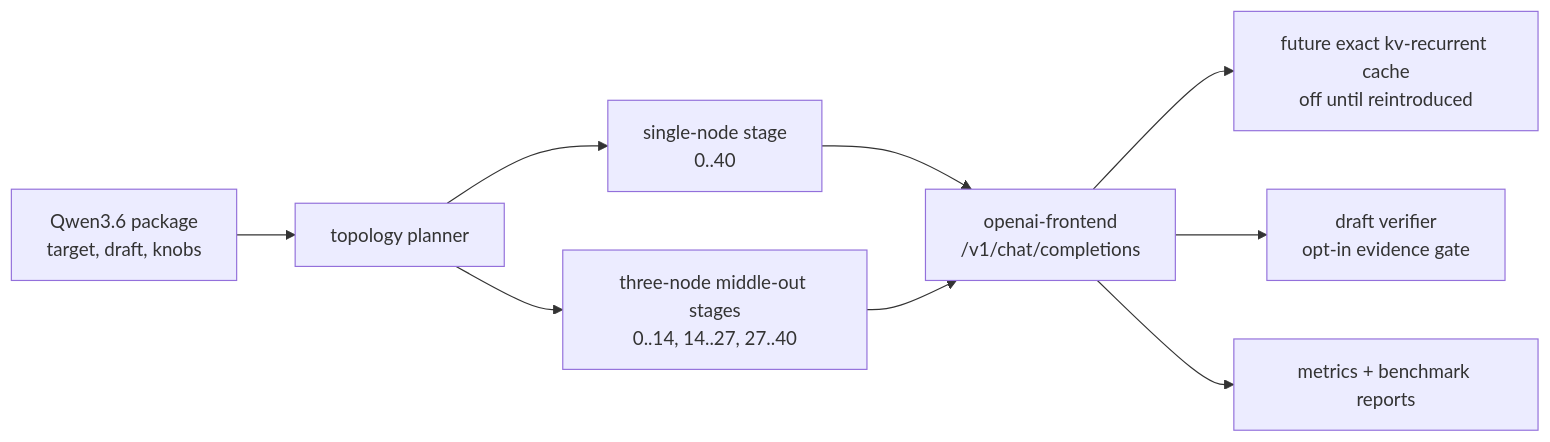
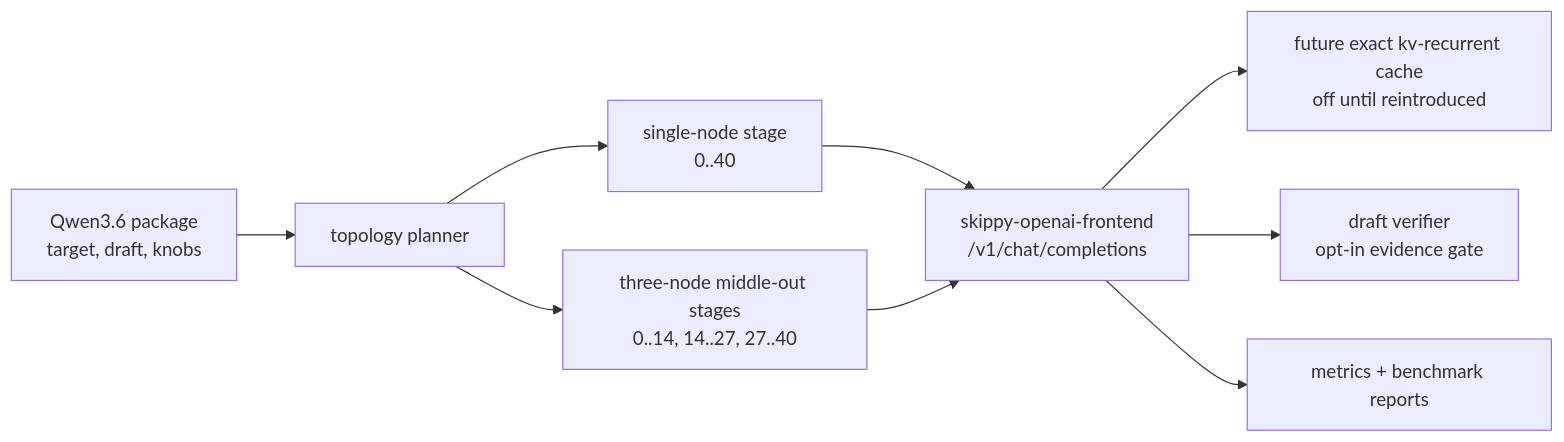
One commit to 76287298092/mesh-llm changed the diagram in docs/skippy/family/qwen.md. Above: the diagram before and after it, drawn with Mermaid. The commit also changed other lines of this file and 654 other files, not shown here.

First line of the commit message:
refactor(skippy): rename serving, frontend and model crates to skippy-owned names

````diff
--- a/docs/skippy/family/qwen.md
+++ b/docs/skippy/family/qwen.md
@@ -14,11 +14,11 @@
 ```mermaid
 flowchart LR
     Package["Qwen3.6 package<br/>target, draft, knobs"] --> Planner["topology planner"]
     Planner --> Single["single-node stage<br/>0..40"]
     Planner --> Multi["three-node middle-out stages<br/>0..14, 14..27, 27..40"]
-    Single --> Runner["openai-frontend<br/>/v1/chat/completions"]
+    Single --> Runner["skippy-openai-frontend<br/>/v1/chat/completions"]
     Multi --> Runner
     Runner --> Cache["future exact kv-recurrent cache<br/>off until reintroduced"]
     Runner --> Draft["draft verifier<br/>opt-in evidence gate"]
     Runner --> Metrics["metrics + benchmark reports"]
 ```
````
